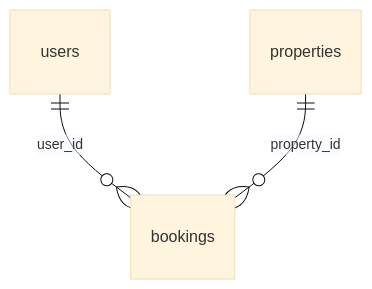
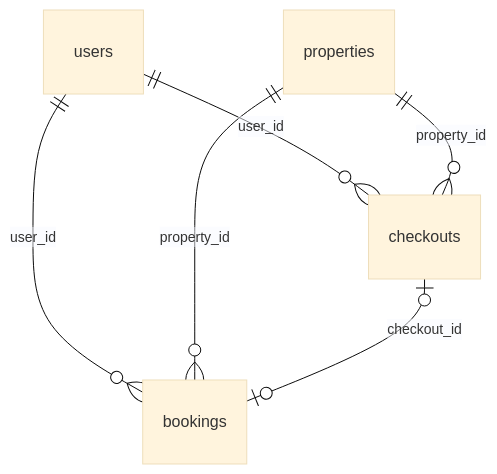
Before and after one commit to ShirFeld/StayFinder: the second of 2 diagrams in docs/architecture.md, drawn with Mermaid (base theme). The commit also changed other lines of this file and 26 other files, not shown here.

First line of the commit message:
feat: integrate payments into the booking flow

````diff
--- a/docs/architecture.md
+++ b/docs/architecture.md
@@ -148,5 +152,8 @@
 ```mermaid
 erDiagram
     users ||--o{ bookings : "user_id"
     properties ||--o{ bookings : "property_id"
+    users ||--o{ checkouts : "user_id"
+    properties ||--o{ checkouts : "property_id"
+    checkouts o|--o| bookings : "checkout_id"
 ```
````
